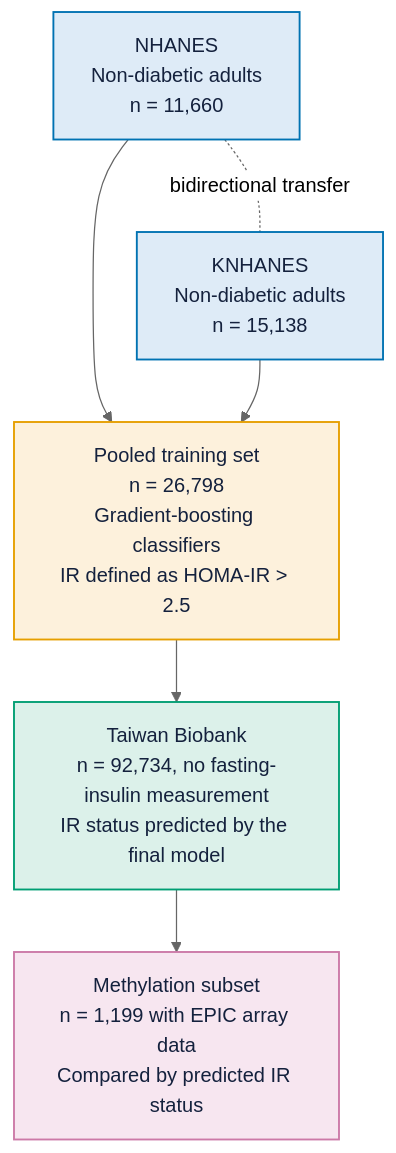
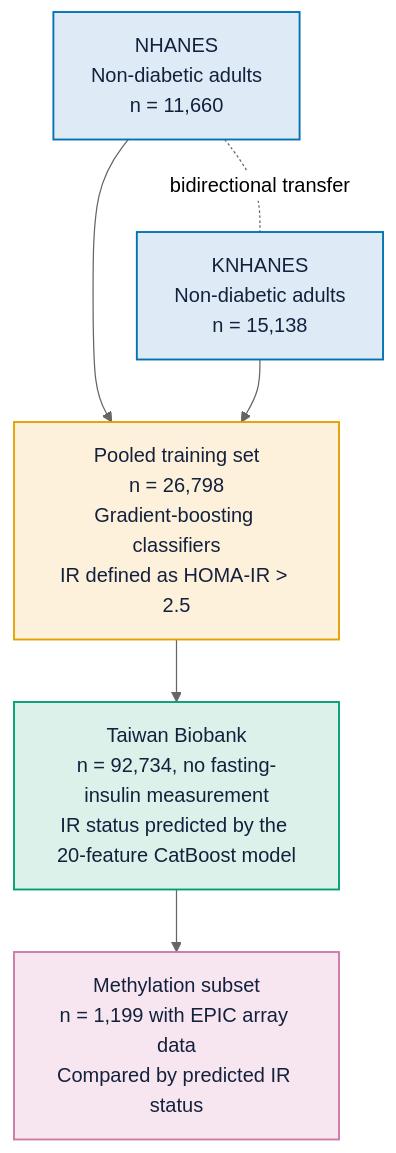
One commit to changlabtw/CrossIR changed the diagram in README.md. Above: the diagram before and after it, drawn with Mermaid (neutral theme). The commit also changed other lines of this file and 28 other files, not shown here.

````diff
--- a/README.md
+++ b/README.md
@@ -24,24 +24,24 @@
 ```mermaid
 flowchart TB
     NHANES["NHANES<br/>Non-diabetic adults<br/>n = 11,660"]
     KNHANES["KNHANES<br/>Non-diabetic adults<br/>n = 15,138"]
     POOLED["Pooled training set<br/>n = 26,798<br/>Gradient-boosting classifiers<br/>IR defined as HOMA-IR &gt; 2.5"]
-    TWB["Taiwan Biobank<br/>n = 92,734, no fasting-insulin measurement<br/>IR status predicted by the final model"]
+    TWB["Taiwan Biobank<br/>n = 92,734, no fasting-insulin measurement<br/>IR status predicted by the 20-feature CatBoost model"]
     MET["Methylation subset<br/>n = 1,199 with EPIC array data<br/>Compared by predicted IR status"]
 
     NHANES -.-|bidirectional transfer| KNHANES
     NHANES --> POOLED
     KNHANES --> POOLED
     POOLED --> TWB
     TWB --> MET
 
     classDef cohort fill:#DEEBF7,stroke:#0072B2,stroke-width:1.5px,color:#14213D
     classDef pooled fill:#FDF1DC,stroke:#E69F00,stroke-width:1.5px,color:#14213D
     classDef external fill:#DCF1EA,stroke:#009E73,stroke-width:1.5px,color:#14213D
     classDef omics fill:#F7E6F0,stroke:#CC79A7,stroke-width:1.5px,color:#14213D
 
     class NHANES,KNHANES cohort
     class POOLED pooled
     class TWB external
     class MET omics
 ```
````
